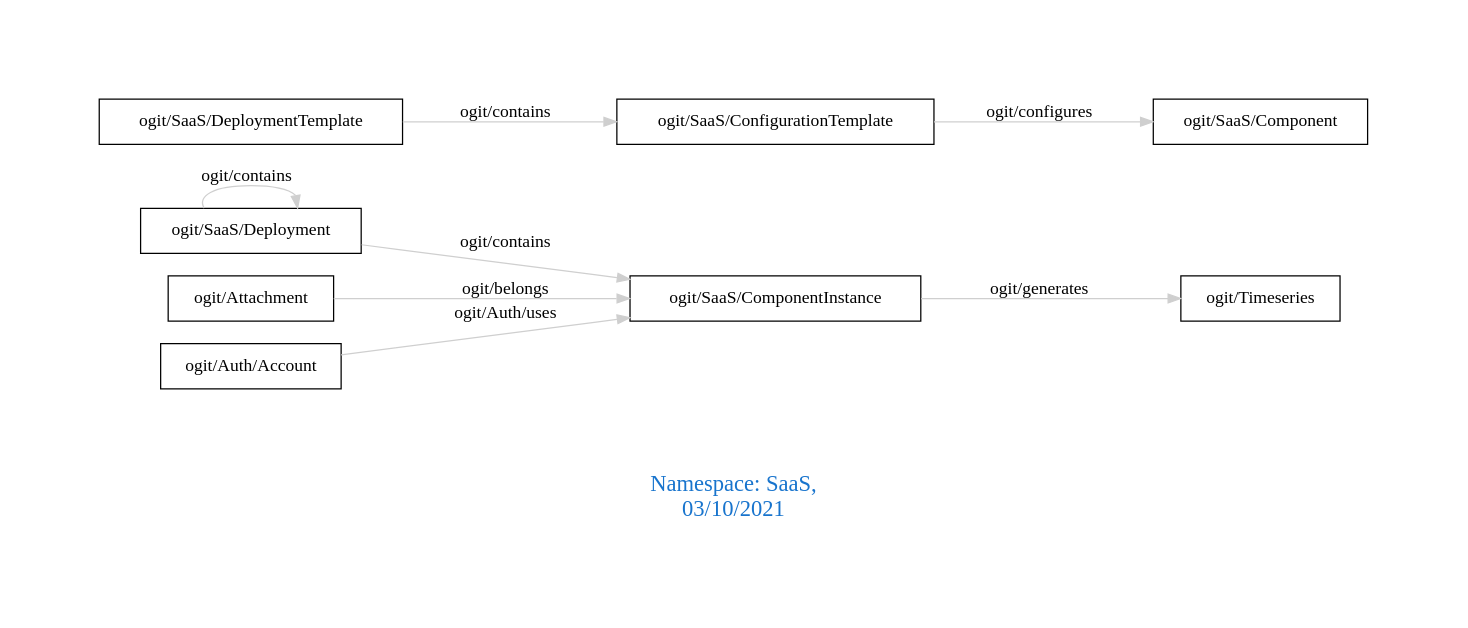
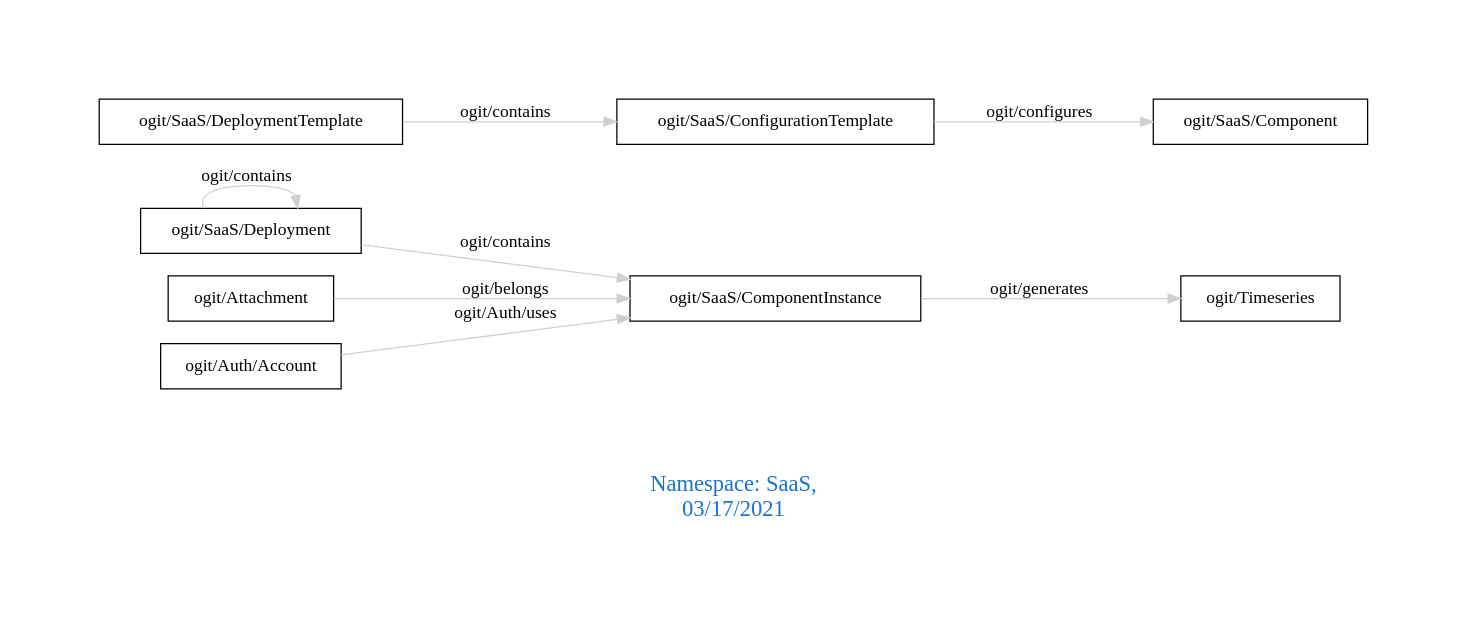
Before and after one commit to arago/OGIT: the diagram in downloads/SaaS.dot, drawn with Graphviz. The commit also changed 1846 other files, not shown here.

```diff
--- a/downloads/SaaS.dot
+++ b/downloads/SaaS.dot
@@ -1,15 +1,15 @@
 digraph OGIT_ontology {
  graph [ rankdir= LR,pad=1 
 fontsize = 18,
-fontcolor= dodgerblue3,label = "\n\n\nNamespace: SaaS, \n 03/10/2021"];
+fontcolor= dodgerblue3,label = "\n\n\nNamespace: SaaS, \n 03/17/2021"];
 node[shape=polygon];
 edge [  color="gray81"];
 
    "ogit/SaaS/Deployment" -> "ogit/SaaS/ComponentInstance" [label="   ogit/contains    "];
    "ogit/SaaS/DeploymentTemplate" -> "ogit/SaaS/ConfigurationTemplate" [label="   ogit/contains    "];
    "ogit/SaaS/ComponentInstance" -> "ogit/Timeseries" [label="   ogit/generates    "];
    "ogit/SaaS/ConfigurationTemplate" -> "ogit/SaaS/Component" [label="   ogit/configures    "];
    "ogit/Attachment" -> "ogit/SaaS/ComponentInstance" [label="   ogit/belongs    "];
    "ogit/Auth/Account" -> "ogit/SaaS/ComponentInstance" [label="   ogit/Auth/uses    "];
    "ogit/SaaS/Deployment" -> "ogit/SaaS/Deployment" [label="   ogit/contains    "];
 }
```
